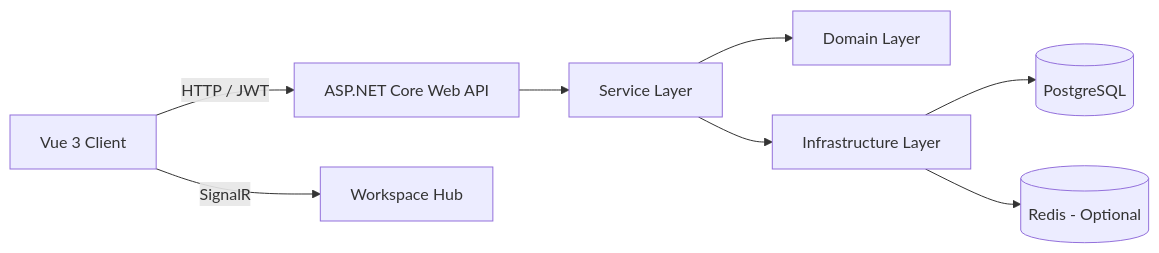
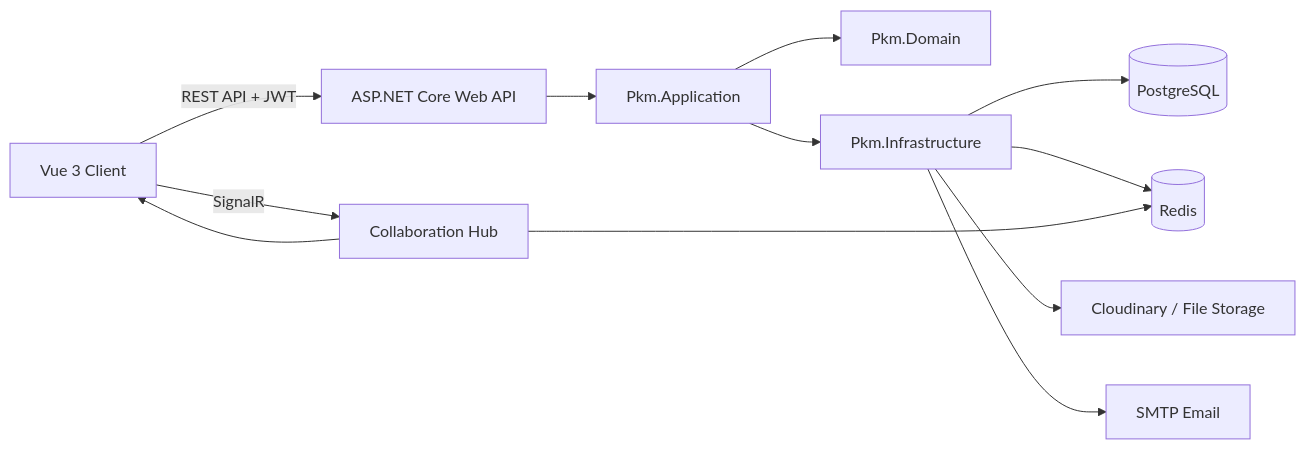
The diagram in README.md (RudeusGs/block-based-pkm), drawn with Mermaid before and after one commit. The commit also changed other lines of this file, not shown here.

````diff
--- a/README.md
+++ b/README.md
@@ -47,10 +296,17 @@
 ```mermaid
 flowchart LR
-    A[Vue 3 Client] -->|HTTP / JWT| B[ASP.NET Core Web API]
-    A -->|SignalR| C[Workspace Hub]
-    B --> D[Service Layer]
-    D --> E[Domain Layer]
-    D --> F[Infrastructure Layer]
+    A[Vue 3 Client] -->|REST API + JWT| B[ASP.NET Core Web API]
+    A -->|SignalR| C[Collaboration Hub]
+
+    B --> D[Pkm.Application]
+    D --> E[Pkm.Domain]
+    D --> F[Pkm.Infrastructure]
+
     F --> G[(PostgreSQL)]
-    F --> H[(Redis - Optional)]
+    F --> H[(Redis)]
+    F --> I[Cloudinary / File Storage]
+    F --> J[SMTP Email]
+
+    C --> H
+    C --> A
 ```
````
